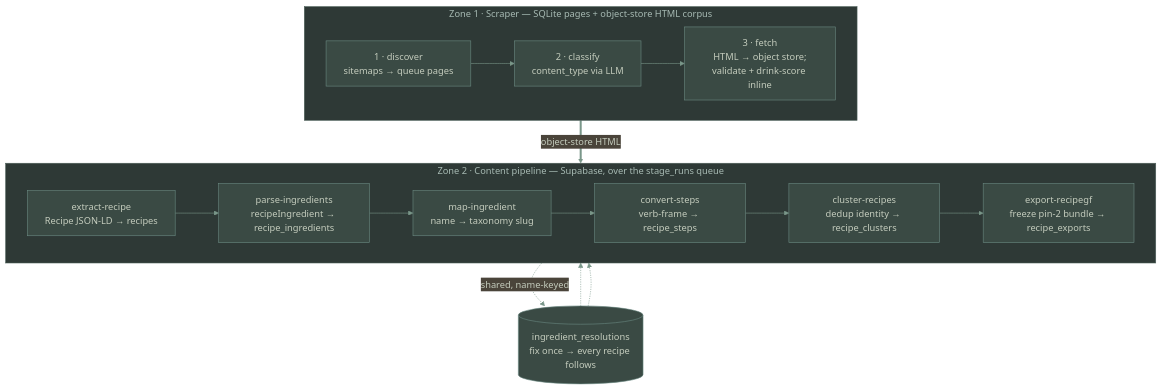
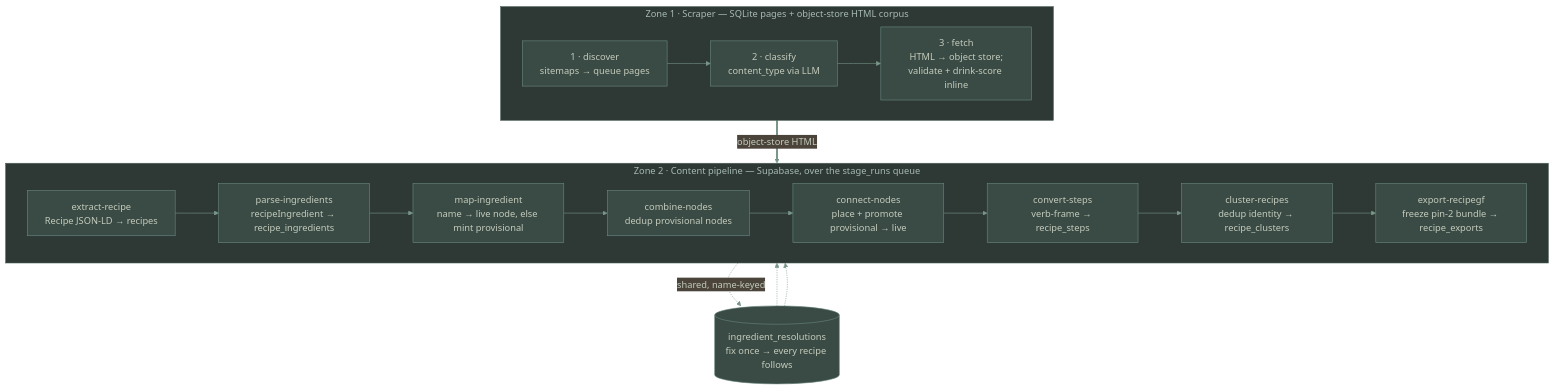
The diagram in docs/pipeline.md (mrjogo/spiritolo), drawn with Mermaid before and after one commit. The commit also changed other lines of this file and 8 other files, not shown here.

First line of the commit message:
Phase 5 + docs: combine/connect review bodies + harmonization docs

````diff
--- a/docs/pipeline.md
+++ b/docs/pipeline.md
@@ -17,36 +17,38 @@
 ```mermaid
 %%{init: {'theme':'base', 'themeVariables': {
   'background': '#2a3531',
   'primaryColor': '#3a4a44',
   'primaryTextColor': '#c4ccbd',
   'primaryBorderColor': '#6b8a82',
   'lineColor': '#7a978a',
   'clusterBkg': '#2e3936',
   'clusterBorder': '#4a5e58',
   'fontFamily': 'system-ui, -apple-system, sans-serif'
 }}}%%
 flowchart TD
     subgraph Z1 ["Zone 1 · Scraper — SQLite pages + object-store HTML corpus"]
         direction LR
         D["1 · discover<br/>sitemaps → queue pages"]
         C["2 · classify<br/>content_type via LLM"]
         F["3 · fetch<br/>HTML → object store;<br/>validate + drink-score inline"]
         D --> C --> F
     end
 
     subgraph Z2 ["Zone 2 · Content pipeline — Supabase, over the stage_runs queue"]
         direction LR
         X["extract-recipe<br/>Recipe JSON-LD → recipes"]
         P["parse-ingredients<br/>recipeIngredient → recipe_ingredients"]
-        M["map-ingredient<br/>name → taxonomy slug"]
+        M["map-ingredient<br/>name → live node, else mint provisional"]
+        CB["combine-nodes<br/>dedup provisional nodes"]
+        CN["connect-nodes<br/>place + promote provisional → live"]
         CV["convert-steps<br/>verb-frame → recipe_steps"]
         CL["cluster-recipes<br/>dedup identity → recipe_clusters"]
         EX["export-recipegf<br/>freeze pin-2 bundle → recipe_exports"]
-        X --> P --> M --> CV --> CL --> EX
+        X --> P --> M --> CB --> CN --> CV --> CL --> EX
     end
 
     F ==>|object-store HTML| X
     M -.->|shared, name-keyed| IR[("ingredient_resolutions<br/>fix once → every recipe follows")]
     IR -.-> CV
     IR -.-> EX
 ```
````
